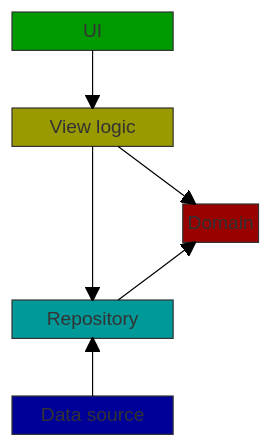
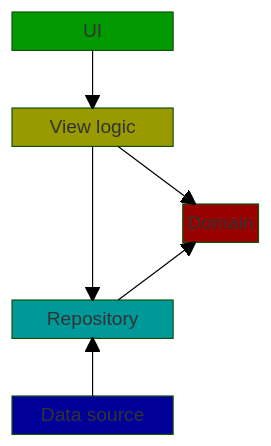
Before and after one commit to Balintus00/TheLordoftheRingsCharacterWiki: the diagram in design.md, drawn with Mermaid (forest theme). The commit also changed other lines of this file and 8 other files, not shown here.

````diff
--- a/design.md
+++ b/design.md
@@ -7,31 +7,29 @@
 ```mermaid
 block-beta
-  columns 3
-  UI:2 space:1
-  space:3
-  ViewLogic["View logic"]:2 space:1
-  space:3
-  space:2 Domain:1
-  space:3
-  Repository:2 space:1
-  space:3
-  DataSource["Data source"]:2 space:1
-
-  UI-->ViewLogic
-  ViewLogic-->Domain
-  ViewLogic-->Repository
-  Repository-->Domain
-  DataSource-->Repository
-
-  classDef ui fill:#090,stroke:#333;
-  classDef view_logic fill:#990,stroke:#333;
-  classDef domain fill:#900,stroke:#333;
-  classDef repository fill:#099,stroke:#333;
-  classDef data_source fill:#009,stroke:#333;
-  class UI ui
-  class ViewLogic view_logic
-  class Domain domain
-  class Repository repository
-  class DataSource data_source
+    columns 3
+    UI:2 space:1
+    space:3
+    ViewLogic["View logic"]:2 space:1
+    space:3
+    space:2 Domain:1
+    space:3
+    Repository:2 space:1
+    space:3
+    DataSource["Data source"]:2 space:1
+    UI-->ViewLogic
+    ViewLogic-->Domain
+    ViewLogic-->Repository
+    Repository-->Domain
+    DataSource-->Repository
+    classDef ui fill: #090, stroke: #333;
+    classDef view_logic fill: #990, stroke: #333;
+    classDef domain fill: #900, stroke: #333;
+    classDef repository fill: #099, stroke: #333;
+    classDef data_source fill: #009, stroke: #333;
+    class UI ui
+    class ViewLogic view_logic
+    class Domain domain
+    class Repository repository
+    class DataSource data_source
 
 ```
````
